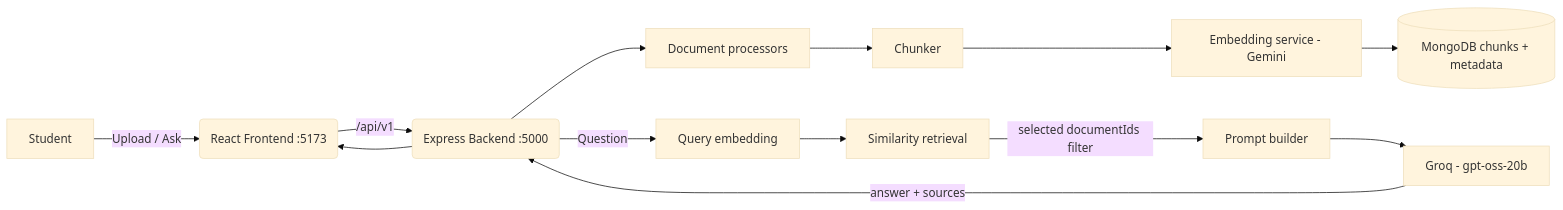
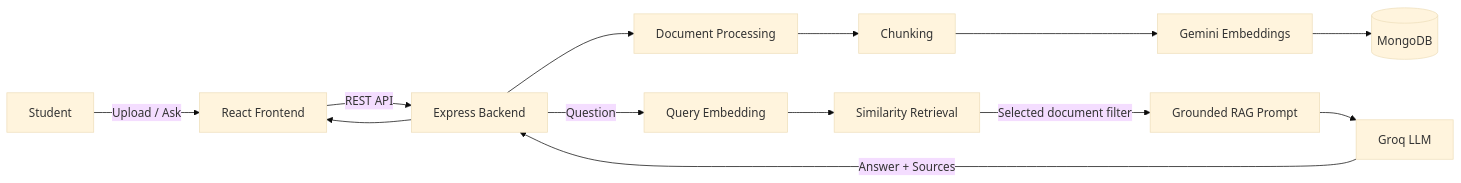
Before and after one commit to nivedh-kanapuram/quorixa: the diagram in README.md, drawn with Mermaid (base theme). The commit also changed other lines of this file, not shown here.

Commit message:
docs: update README for current RAG and source UI

````diff
--- a/README.md
+++ b/README.md
@@ -36,15 +56,19 @@
 ```mermaid
 flowchart LR
-    U[Student] -->|Upload / Ask| FE(React Frontend :5173)
-    FE -->|/api/v1| API(Express Backend :5000)
-    API --> Proc[Document processors]
-    Proc --> Chunk[Chunker]
-    Chunk --> Embed[Embedding service - Gemini]
-    Embed --> DB[(MongoDB chunks + metadata)]
-    API -->|Question| QueryEmbed[Query embedding]
-    QueryEmbed --> Retrieval[Similarity retrieval]
-    Retrieval -->|selected documentIds filter| RAG[Prompt builder]
-    RAG --> Groq[Groq - gpt-oss-20b]
-    Groq -->|answer + sources| API
+    U[Student] -->|Upload / Ask| FE[React Frontend]
+    FE -->|REST API| API[Express Backend]
+
+    API --> Proc[Document Processing]
+    Proc --> Chunk[Chunking]
+    Chunk --> Embed[Gemini Embeddings]
+    Embed --> DB[(MongoDB)]
+
+    API -->|Question| QueryEmbed[Query Embedding]
+    QueryEmbed --> Retrieval[Similarity Retrieval]
+
+    Retrieval -->|Selected document filter| RAG[Grounded RAG Prompt]
+    RAG --> Groq[Groq LLM]
+
+    Groq -->|Answer + Sources| API
     API --> FE
 ```
````
